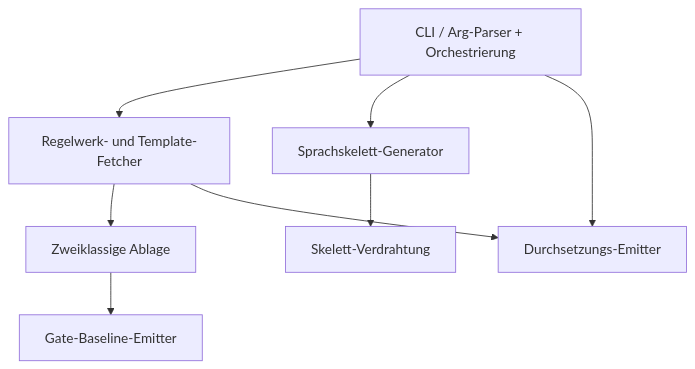
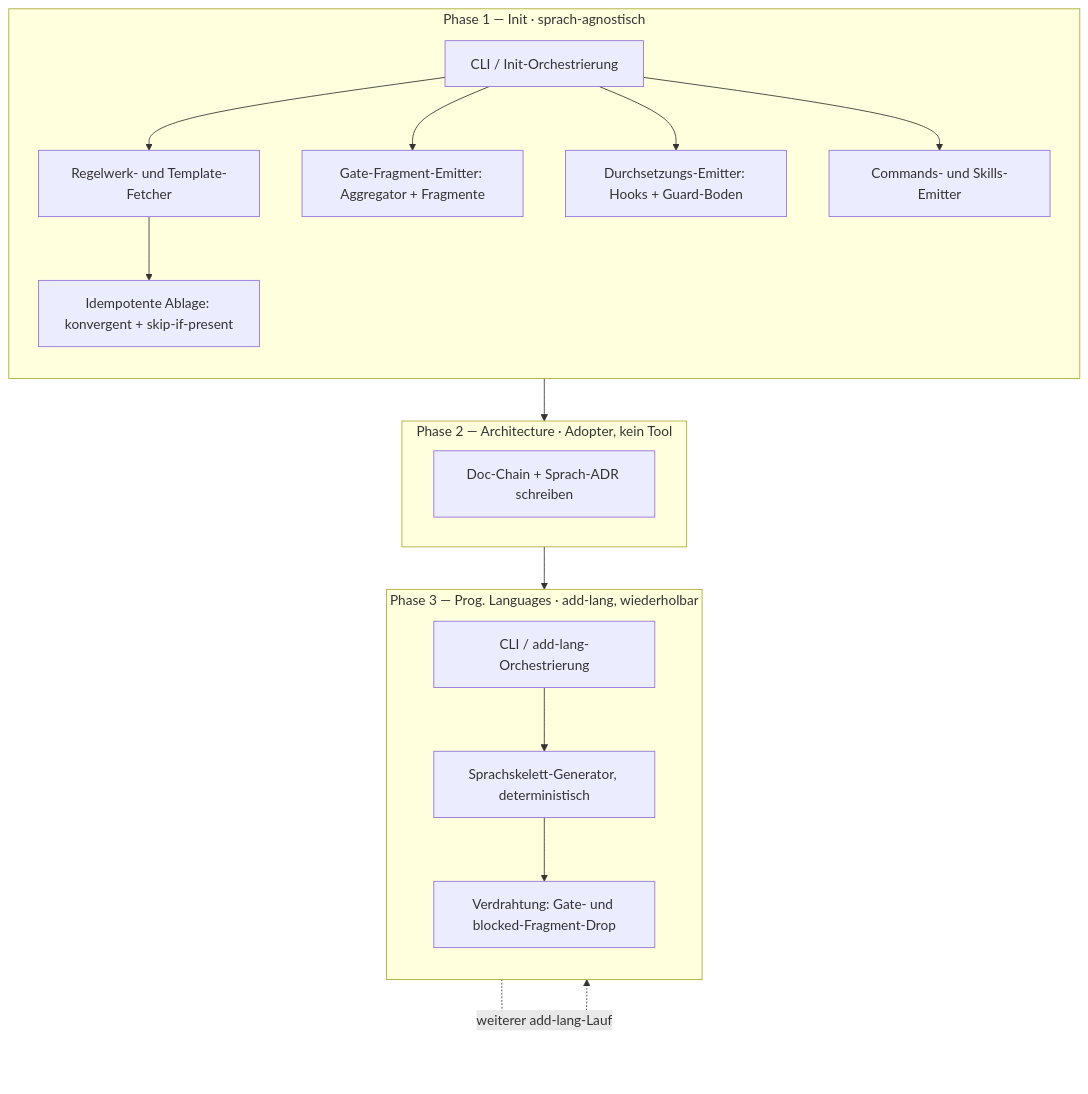
Before and after one commit to pt9912/ai-harness-init: the first of 3 diagrams in spec/architecture.md, drawn with Mermaid. The commit also changed other lines of this file, not shown here.

First line of the commit message:
spec: architecture.md-Nachzug — Bootstrap-Phasen (ADR-0007)

````diff
--- a/spec/architecture.md
+++ b/spec/architecture.md
@@ -12,17 +19,31 @@
 ```mermaid
 flowchart TB
-    CLI[CLI / Arg-Parser + Orchestrierung]
-    Fetch[Regelwerk- und Template-Fetcher]
-    Gen[Sprachskelett-Generator]
-    Place[Zweiklassige Ablage]
-    Gate[Gate-Baseline-Emitter]
-    Wire[Skelett-Verdrahtung]
-    Enforce[Durchsetzungs-Emitter]
-    CLI --> Fetch
-    CLI --> Gen
-    Fetch --> Place
-    Place --> Gate
-    Gen --> Wire
-    CLI --> Enforce
-    Fetch --> Enforce
+    subgraph P1["Phase 1 — Init · sprach-agnostisch"]
+        direction TB
+        CLI1[CLI / Init-Orchestrierung]
+        Fetch[Regelwerk- und Template-Fetcher]
+        Place[Idempotente Ablage: konvergent + skip-if-present]
+        Gate[Gate-Fragment-Emitter: Aggregator + Fragmente]
+        Enforce[Durchsetzungs-Emitter: Hooks + Guard-Boden]
+        Emit[Commands- und Skills-Emitter]
+        CLI1 --> Fetch
+        Fetch --> Place
+        CLI1 --> Gate
+        CLI1 --> Enforce
+        CLI1 --> Emit
+    end
+    subgraph P2["Phase 2 — Architecture · Adopter, kein Tool"]
+        Doc[Doc-Chain + Sprach-ADR schreiben]
+    end
+    subgraph P3["Phase 3 — Prog. Languages · add-lang, wiederholbar"]
+        direction TB
+        CLI3[CLI / add-lang-Orchestrierung]
+        Gen[Sprachskelett-Generator, deterministisch]
+        Wire[Verdrahtung: Gate- und blocked-Fragment-Drop]
+        CLI3 --> Gen
+        Gen --> Wire
+    end
+    P1 --> P2
+    P2 --> P3
+    P3 -. weiterer add-lang-Lauf .-> P3
 ```
````
